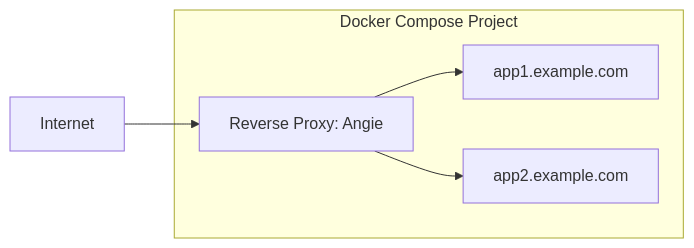
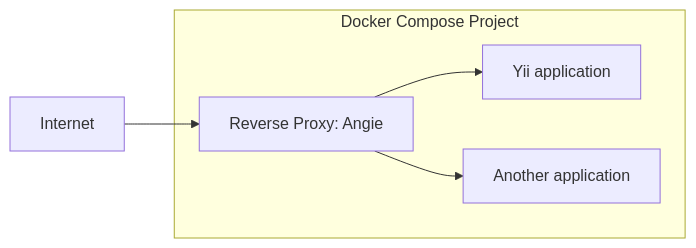
One commit to yiisoft/docs changed the diagram in src/cookbook/angie-docker-proxy.md. Above: the diagram before and after it, drawn with Mermaid. The commit also changed other lines of this file, not shown here.

````diff
--- a/src/cookbook/angie-docker-proxy.md
+++ b/src/cookbook/angie-docker-proxy.md
@@ -14,12 +15,12 @@
 ```mermaid
 graph LR
     A[Internet] --> B[Reverse Proxy: Angie]
-    B --> C[app1.example.com]
-    B --> D[app2.example.com]
+    B --> C[Yii application]
+    B --> D[Another application]
 
     subgraph Docker Compose Project
         B
         C
         D
     end
 ```
````
